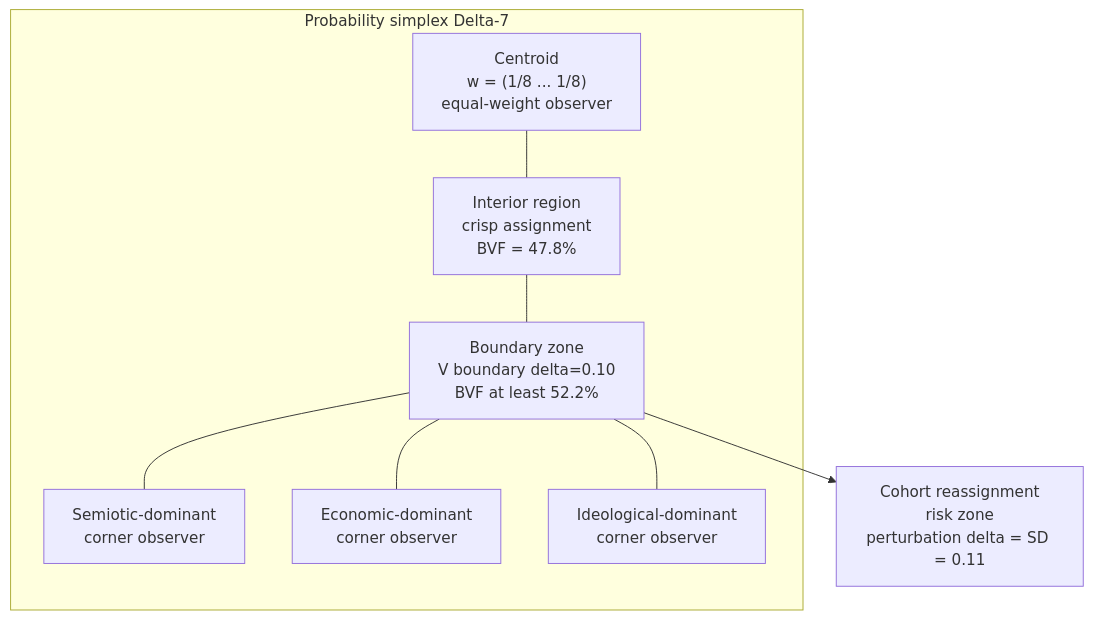
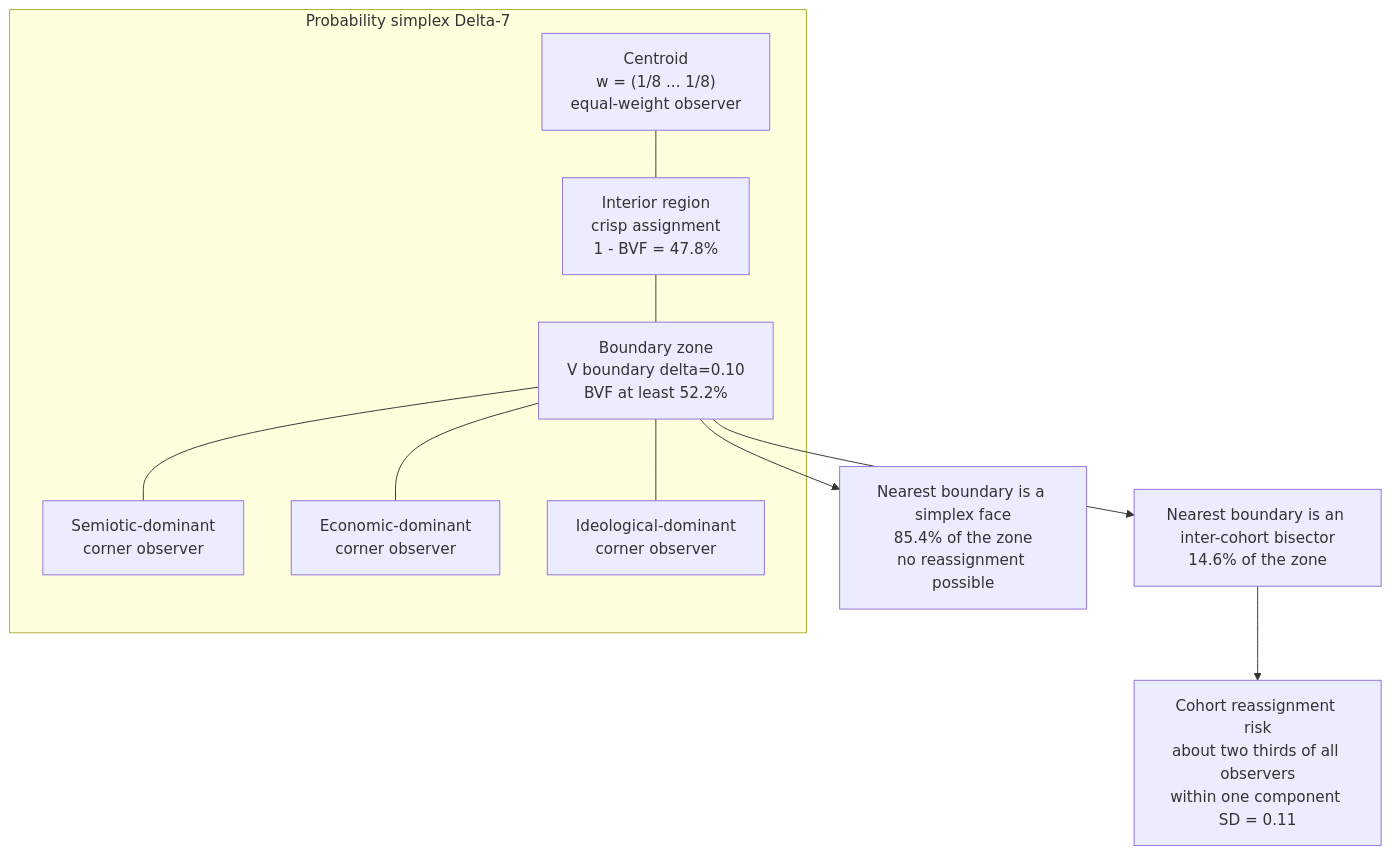
Before and after one commit to spectralbranding/sbt-papers: the first of 2 diagrams in r3-cohort-boundaries/paper.md, drawn with Mermaid. The commit also changed other lines of this file and 11 other files, not shown here.

````diff
--- a/r3-cohort-boundaries/paper.md
+++ b/r3-cohort-boundaries/paper.md
@@ -231,17 +233,19 @@
 ```mermaid
 graph TD
     subgraph SIMPLEX["Probability simplex Delta-7"]
         CTR["Centroid<br/>w = (1/8 ... 1/8)<br/>equal-weight observer"]
-        INNER["Interior region<br/>crisp assignment<br/>BVF = 47.8%"]
+        INNER["Interior region<br/>crisp assignment<br/>1 - BVF = 47.8%"]
         BZ["Boundary zone<br/>V boundary delta=0.10<br/>BVF at least 52.2%"]
         CORN1["Semiotic-dominant<br/>corner observer"]
         CORN2["Economic-dominant<br/>corner observer"]
         CORN3["Ideological-dominant<br/>corner observer"]
     end
     CTR --- INNER
     INNER --- BZ
     BZ --- CORN1
     BZ --- CORN2
     BZ --- CORN3
-    BZ --> FLIP["Cohort reassignment<br/>risk zone<br/>perturbation delta = SD = 0.11"]
+    BZ --> FACE["Nearest boundary is a simplex face<br/>85.4% of the zone<br/>no reassignment possible"]
+    BZ --> BIS["Nearest boundary is an inter-cohort bisector<br/>14.6% of the zone"]
+    BIS --> FLIP["Cohort reassignment risk<br/>about two thirds of all observers<br/>within one component SD = 0.11"]
 ```
````
